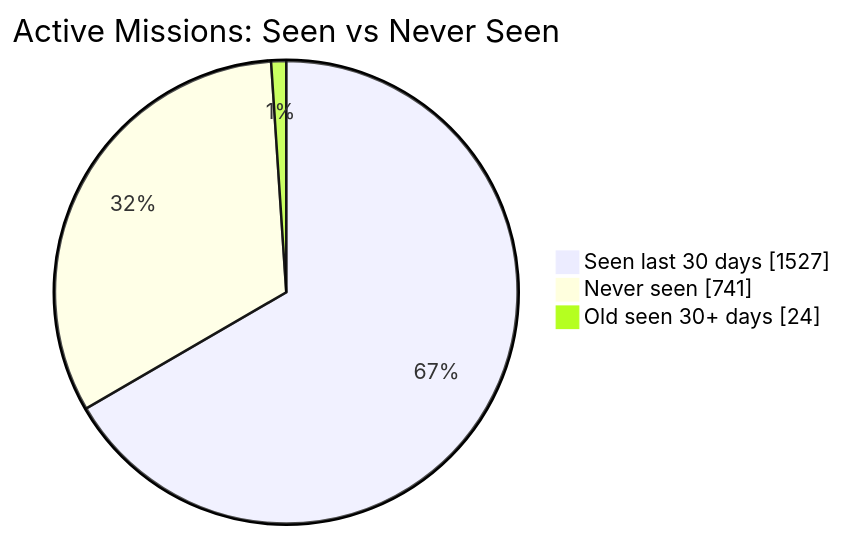
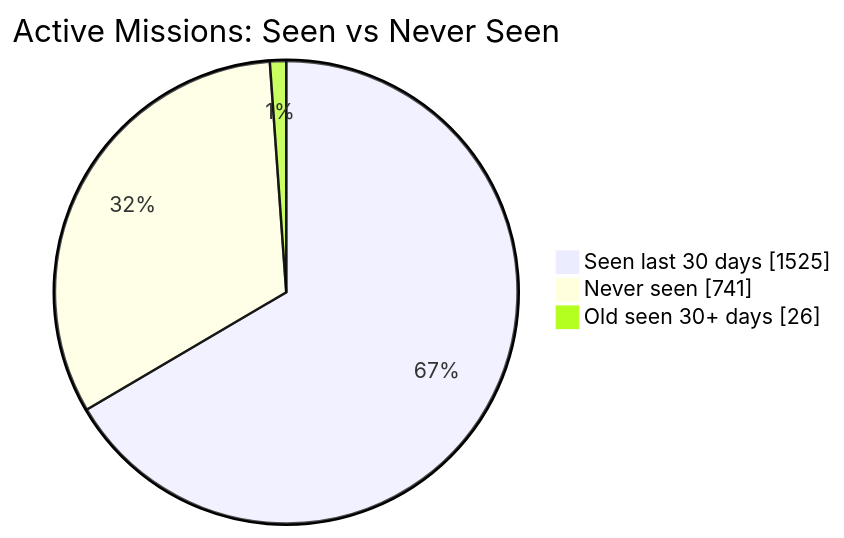
Before and after one commit to MeldkamerspelGameTeam/active-missions: the first of 2 diagrams in README.md, drawn with Mermaid. The commit also changed other lines of this file and 3 other files, not shown here.

````diff
--- a/README.md
+++ b/README.md
@@ -34,7 +34,7 @@
 ```mermaid
 pie showData
     title Active Missions: Seen vs Never Seen
-    "Seen last 30 days" : 1527
+    "Seen last 30 days" : 1525
     "Never seen" : 741
-    "Old seen 30+ days" : 24
+    "Old seen 30+ days" : 26
 ```
````
